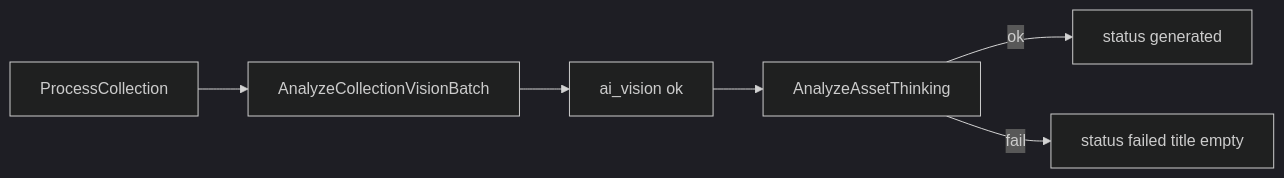
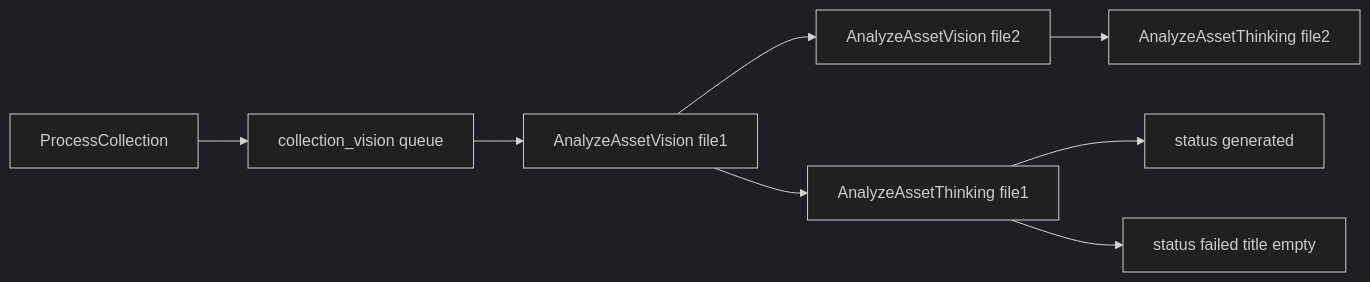
Before and after one commit to silverspoonmedia/cored-backend: the second of 2 diagrams in docs/domains/microstock/README.md, drawn with Mermaid (dark theme). The commit also changed other lines of this file and 28 other files, not shown here.

````diff
--- a/docs/domains/microstock/README.md
+++ b/docs/domains/microstock/README.md
@@ -133,8 +139,10 @@
 ```mermaid
 flowchart LR
-  process[ProcessCollection] --> visionBatch[AnalyzeCollectionVisionBatch]
-  visionBatch --> visionOk[ai_vision ok]
-  visionOk --> thinkingJob[AnalyzeAssetThinking]
-  thinkingJob -->|ok| generated[status generated]
-  thinkingJob -->|fail| failed[status failed title empty]
+  process[ProcessCollection] --> visionQ[collection_vision queue]
+  visionQ --> V1[AnalyzeAssetVision file1]
+  V1 --> V2[AnalyzeAssetVision file2]
+  V1 --> T1[AnalyzeAssetThinking file1]
+  V2 --> T2[AnalyzeAssetThinking file2]
+  T1 --> generated[status generated]
+  T1 --> failed[status failed title empty]
 ```
````
